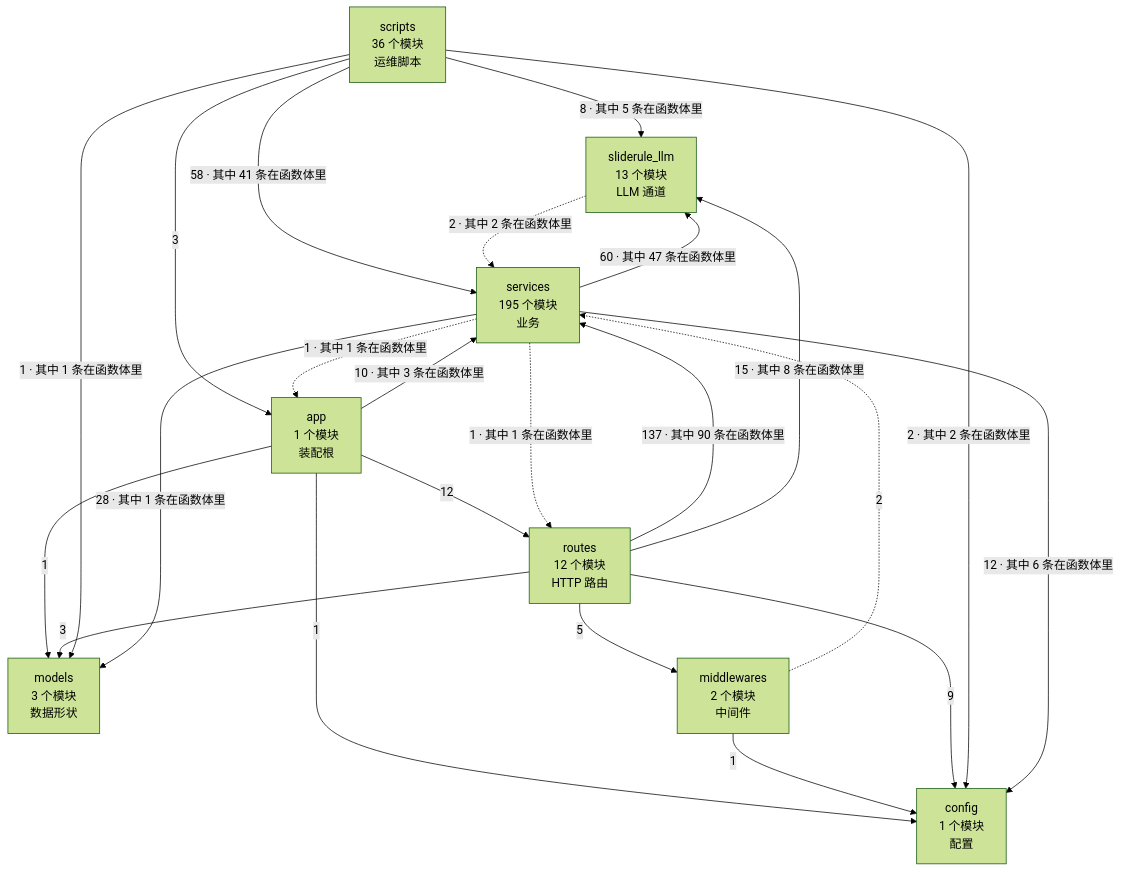
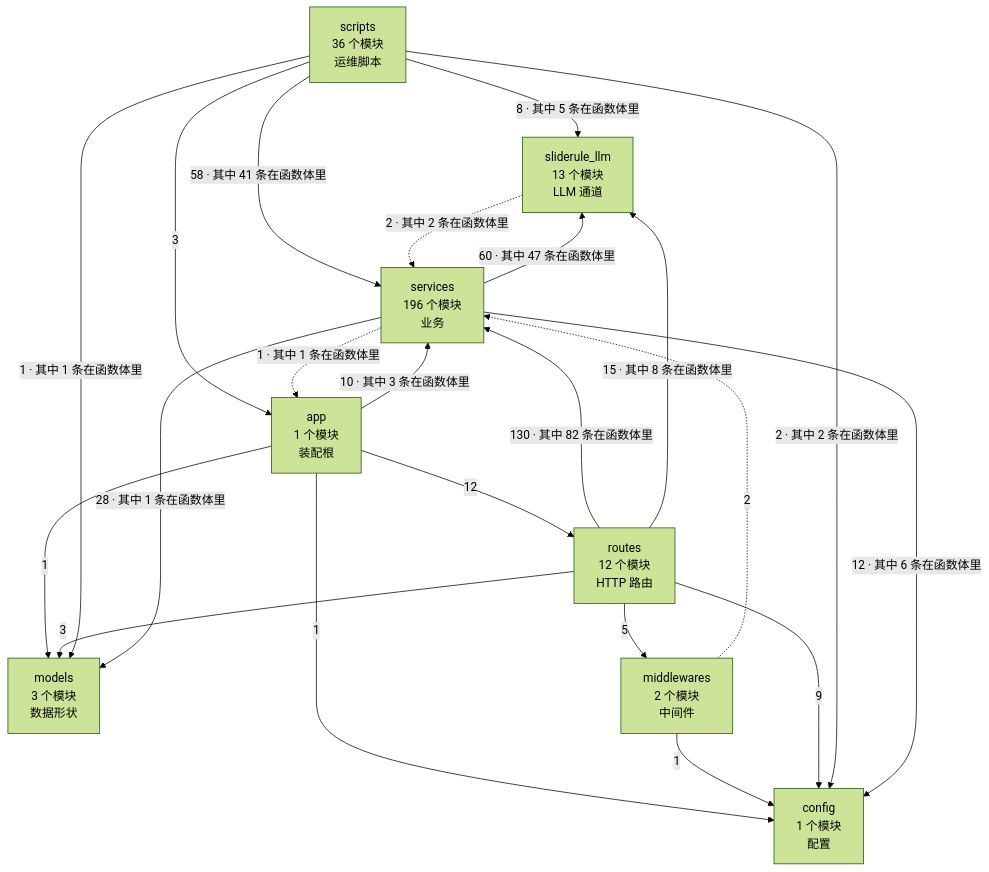
The diagram in docs/SlideRule V6.2 架构图（自动生成）.md (2686521696/WhyBuddy), drawn with Mermaid (forest theme) before and after one commit. The commit also changed other lines of this file and 8 other files, not shown here.

First line of the commit message:
业务核下沉：回退不再让 services 反向依赖 routes（清掉 1 个环 + 1 条越层）

````diff
--- a/docs/SlideRule V6.2 架构图（自动生成）.md
+++ b/docs/SlideRule V6.2 架构图（自动生成）.md
@@ -35,33 +35,32 @@
 ```mermaid
 flowchart TB
   config["config<br/>1 个模块<br/>配置"]
   models["models<br/>3 个模块<br/>数据形状"]
   sliderule_llm["sliderule_llm<br/>13 个模块<br/>LLM 通道"]
   middlewares["middlewares<br/>2 个模块<br/>中间件"]
-  services["services<br/>195 个模块<br/>业务"]
+  services["services<br/>196 个模块<br/>业务"]
   routes["routes<br/>12 个模块<br/>HTTP 路由"]
   app["app<br/>1 个模块<br/>装配根"]
   scripts["scripts<br/>36 个模块<br/>运维脚本"]
   app -->|1| config
   app -->|1| models
   app -->|12| routes
   app -->|10 · 其中 3 条在函数体里| services
   middlewares -->|1| config
   middlewares -.->|2| services
   routes -->|9| config
   routes -->|5| middlewares
   routes -->|3| models
-  routes -->|137 · 其中 90 条在函数体里| services
+  routes -->|130 · 其中 82 条在函数体里| services
   routes -->|15 · 其中 8 条在函数体里| sliderule_llm
   scripts -->|3| app
   scripts -->|2 · 其中 2 条在函数体里| config
   scripts -->|1 · 其中 1 条在函数体里| models
   scripts -->|58 · 其中 41 条在函数体里| services
   scripts -->|8 · 其中 5 条在函数体里| sliderule_llm
   services -.->|1 · 其中 1 条在函数体里| app
   services -->|12 · 其中 6 条在函数体里| config
   services -->|28 · 其中 1 条在函数体里| models
-  services -.->|1 · 其中 1 条在函数体里| routes
   services -->|60 · 其中 47 条在函数体里| sliderule_llm
   sliderule_llm -.->|2 · 其中 2 条在函数体里| services
 ```
````
